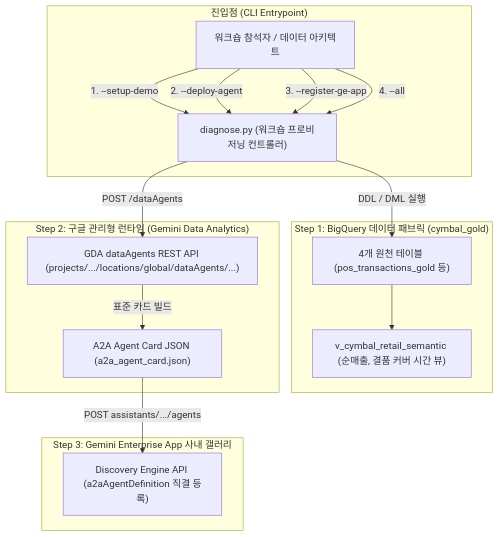
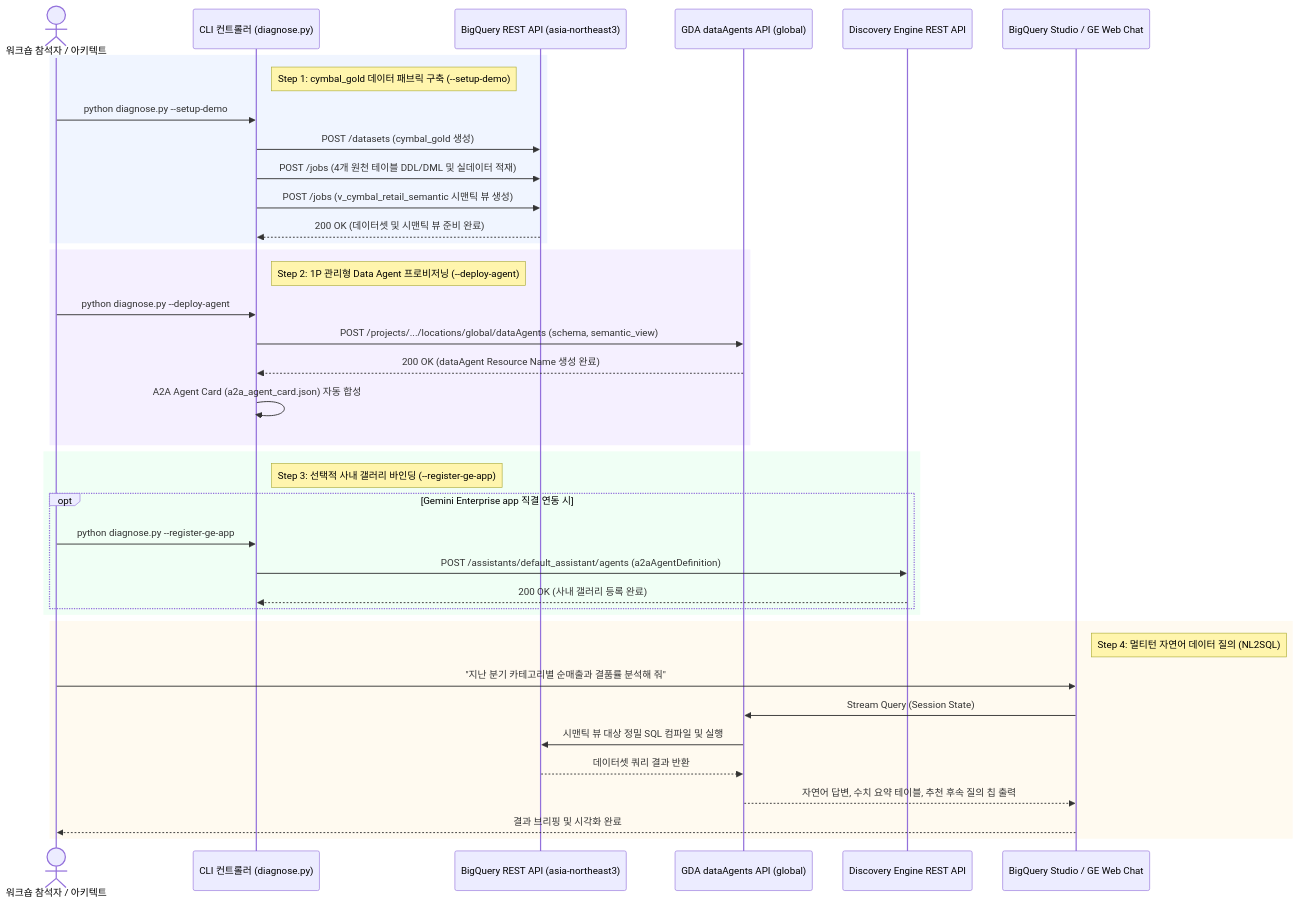
Before and after one commit to jiangjun-forge/google-cloud-0-to-1: the diagram in samples/bigquery-data-agent-starter/docs/TDD.md, drawn with Mermaid. The commit also changed other lines of this file and 16 other files, not shown here.

````diff
--- a/samples/bigquery-data-agent-starter/docs/TDD.md
+++ b/samples/bigquery-data-agent-starter/docs/TDD.md
@@ -34,31 +36,45 @@
 ```mermaid
-flowchart TD
-    subgraph CLI_Entry["진입점 (CLI Entrypoint)"]
-        User["워크숍 참석자 / 데이터 아키텍트"]
-        DiagnosePy["diagnose.py (워크숍 프로비저닝 컨트롤러)"]
+sequenceDiagram
+    actor User as 워크숍 참석자 / 아키텍트
+    participant CLI as CLI 컨트롤러 (diagnose.py)
+    participant BQ as BigQuery REST API (asia-northeast3)
+    participant GDA as GDA dataAgents API (global)
+    participant DiscEng as Discovery Engine REST API
+    participant Chat as BigQuery Studio / GE Web Chat
+
+    rect rgb(240, 245, 255)
+    note right of CLI: Step 1: cymbal_gold 데이터 패브릭 구축 (--setup-demo)
+    User->>CLI: python diagnose.py --setup-demo
+    CLI->>BQ: POST /datasets (cymbal_gold 생성)
+    CLI->>BQ: POST /jobs (4개 원천 테이블 DDL/DML 및 실데이터 적재)
+    CLI->>BQ: POST /jobs (v_cymbal_retail_semantic 시맨틱 뷰 생성)
+    BQ-->>CLI: 200 OK (데이터셋 및 시맨틱 뷰 준비 완료)
     end
 
-    subgraph BigQuery_Fabric["Step 1: BigQuery 데이터 패브릭 (cymbal_gold)"]
-        RawTables["4개 원천 테이블 (pos_transactions_gold 등)"]
-        SemanticView["v_cymbal_retail_semantic (순매출, 결품 커버 시간 뷰)"]
+    rect rgb(245, 240, 255)
+    note right of CLI: Step 2: 1P 관리형 Data Agent 프로비저닝 (--deploy-agent)
+    User->>CLI: python diagnose.py --deploy-agent
+    CLI->>GDA: POST /projects/.../locations/global/dataAgents (schema, semantic_view)
+    GDA-->>CLI: 200 OK (dataAgent Resource Name 생성 완료)
+    CLI->>CLI: A2A Agent Card (a2a_agent_card.json) 자동 합성
     end
 
-    subgraph GDA_Tenant["Step 2: 구글 관리형 런타임 (Gemini Data Analytics)"]
-        GDAResource["GDA dataAgents REST API (projects/.../locations/global/dataAgents/...)"]
-        A2ACard["A2A Agent Card JSON (a2a_agent_card.json)"]
+    rect rgb(240, 255, 245)
+    note right of CLI: Step 3: 선택적 사내 갤러리 바인딩 (--register-ge-app)
+    opt Gemini Enterprise app 직결 연동 시
+        User->>CLI: python diagnose.py --register-ge-app
+        CLI->>DiscEng: POST /assistants/default_assistant/agents (a2aAgentDefinition)
+        DiscEng-->>CLI: 200 OK (사내 갤러리 등록 완료)
+    end
     end
 
-    subgraph GE_App_Gallery["Step 3: Gemini Enterprise App 사내 갤러리"]
-        GEApp["Discovery Engine API (a2aAgentDefinition 직결 등록)"]
+    rect rgb(255, 250, 240)
+    note right of Chat: Step 4: 멀티턴 자연어 데이터 질의 (NL2SQL)
+    User->>Chat: "지난 분기 카테고리별 순매출과 결품률 분석해 줘"
+    Chat->>GDA: Stream Query (Session State)
+    GDA->>BQ: 시맨틱 뷰 대상 정밀 SQL 컴파일 및 실행
+    BQ-->>GDA: 데이터셋 쿼리 결과 반환
+    GDA-->>Chat: 자연어 답변, 수치 요약 테이블, 추천 후속 질의 칩 출력
+    Chat-->>User: 결과 브리핑 및 시각화 완료
     end
-
-    User -->|1. --setup-demo| DiagnosePy
-    DiagnosePy -->|DDL / DML 실행| RawTables
-    RawTables --> SemanticView
-    User -->|2. --deploy-agent| DiagnosePy
-    DiagnosePy -->|POST /dataAgents| GDAResource
-    GDAResource -->|표준 카드 빌드| A2ACard
-    User -->|3. --register-ge-app| DiagnosePy
-    A2ACard -->|POST assistants/.../agents| GEApp
-    User -->|4. --all| DiagnosePy
 ```
````
